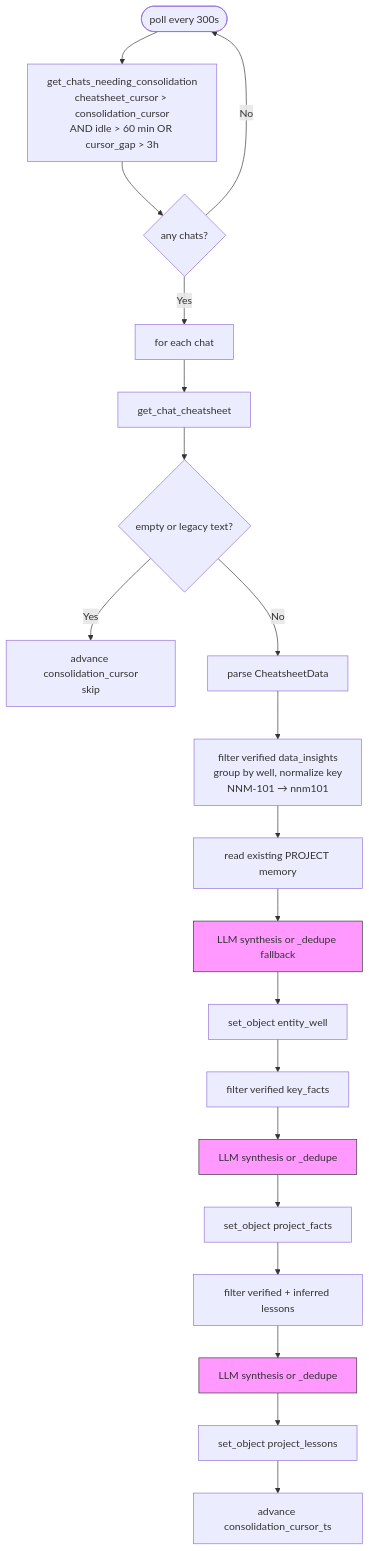
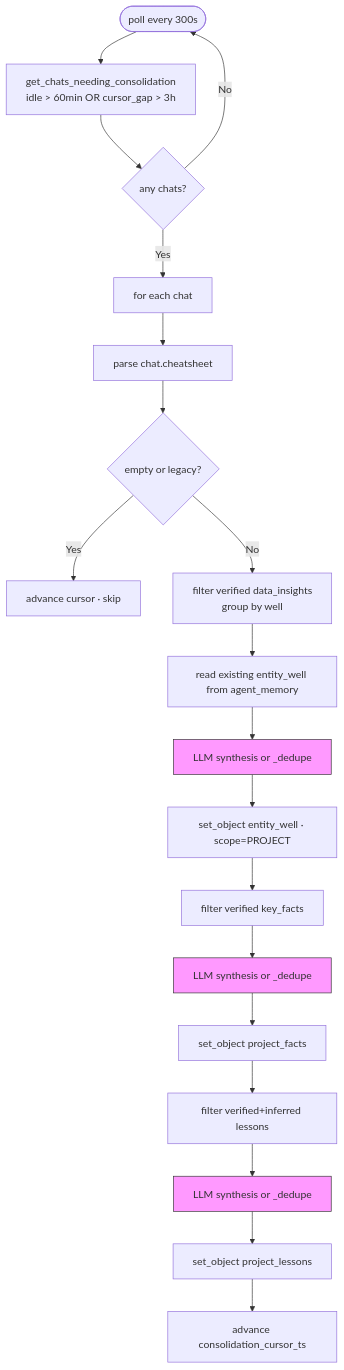
Before and after one commit to wiedersehne/Ida-arch: the third of 4 diagrams in memory_arch.md, drawn with Mermaid. The commit also changed other lines of this file, not shown here.

````diff
--- a/memory_arch.md
+++ b/memory_arch.md
@@ -136,31 +306,30 @@
 ```mermaid
 flowchart TD
-    A([poll every 300s]) --> B[get_chats_needing_consolidation\ncheatsheet_cursor > consolidation_cursor\nAND idle > 60 min OR cursor_gap > 3h]
+    A([poll every 300s]) --> B[get_chats_needing_consolidation\nidle > 60min OR cursor_gap > 3h]
     B --> C{any chats?}
     C -- No --> A
     C -- Yes --> D[for each chat]
 
-    D --> E[get_chat_cheatsheet]
-    E --> F{empty or legacy text?}
-    F -- Yes --> G[advance consolidation_cursor\nskip]
-    F -- No --> H[parse CheatsheetData]
+    D --> E[parse chat.cheatsheet]
+    E --> F{empty or legacy?}
+    F -- Yes --> G[advance cursor · skip]
+    F -- No --> H[filter verified data_insights\ngroup by well]
 
-    H --> I[filter verified data_insights\ngroup by well, normalize key\nNNM-101 → nnm101]
-    I --> J[read existing PROJECT memory]
-    J --> K[LLM synthesis or _dedupe fallback]
-    K --> L[set_object entity_well]
+    H --> I[read existing entity_well from agent_memory]
+    I --> J[LLM synthesis or _dedupe]
+    J --> K[set_object entity_well · scope=PROJECT]
 
-    L --> M[filter verified key_facts]
-    M --> N[LLM synthesis or _dedupe]
-    N --> O[set_object project_facts]
+    K --> L[filter verified key_facts]
+    L --> M[LLM synthesis or _dedupe]
+    M --> N[set_object project_facts]
 
-    O --> P[filter verified + inferred lessons]
-    P --> Q[LLM synthesis or _dedupe]
-    Q --> R[set_object project_lessons]
+    N --> O[filter verified+inferred lessons]
+    O --> P[LLM synthesis or _dedupe]
+    P --> Q[set_object project_lessons]
 
-    R --> S[advance consolidation_cursor_ts]
+    Q --> R[advance consolidation_cursor_ts]
 
-    style K fill:#f9f,stroke:#333
-    style N fill:#f9f,stroke:#333
-    style Q fill:#f9f,stroke:#333
+    style J fill:#f9f,stroke:#333
+    style M fill:#f9f,stroke:#333
+    style P fill:#f9f,stroke:#333
 ```
````
